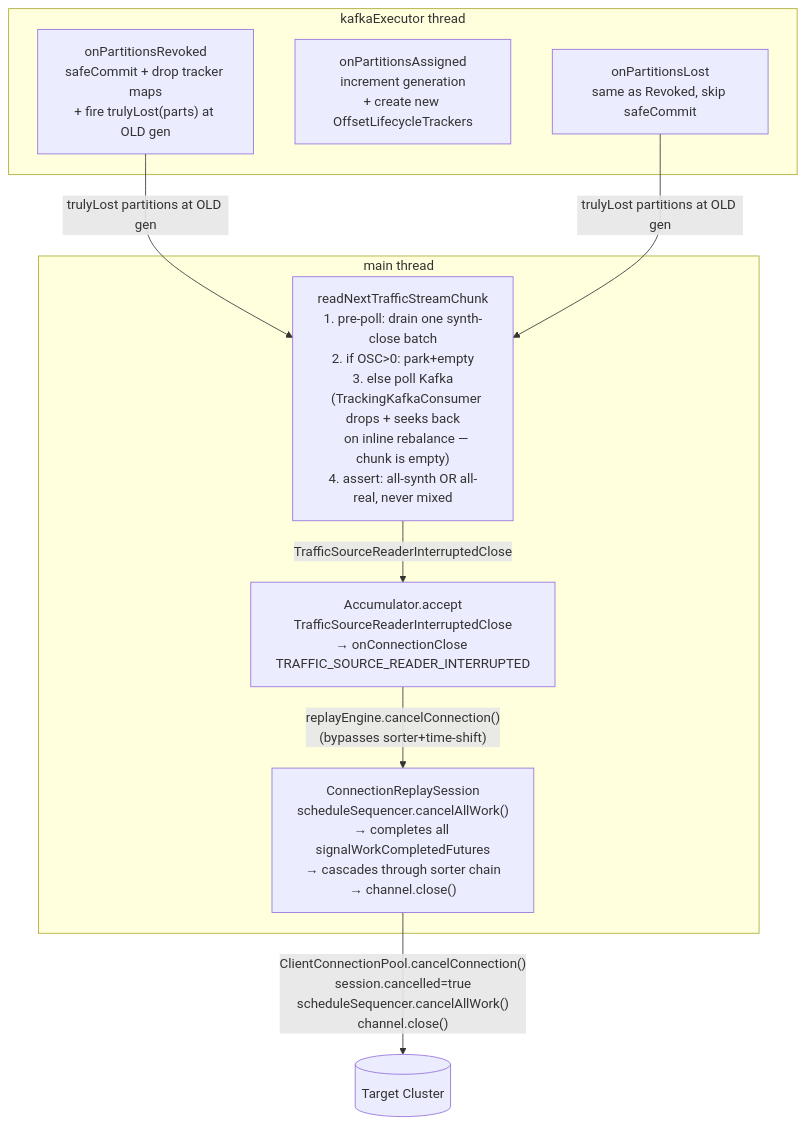
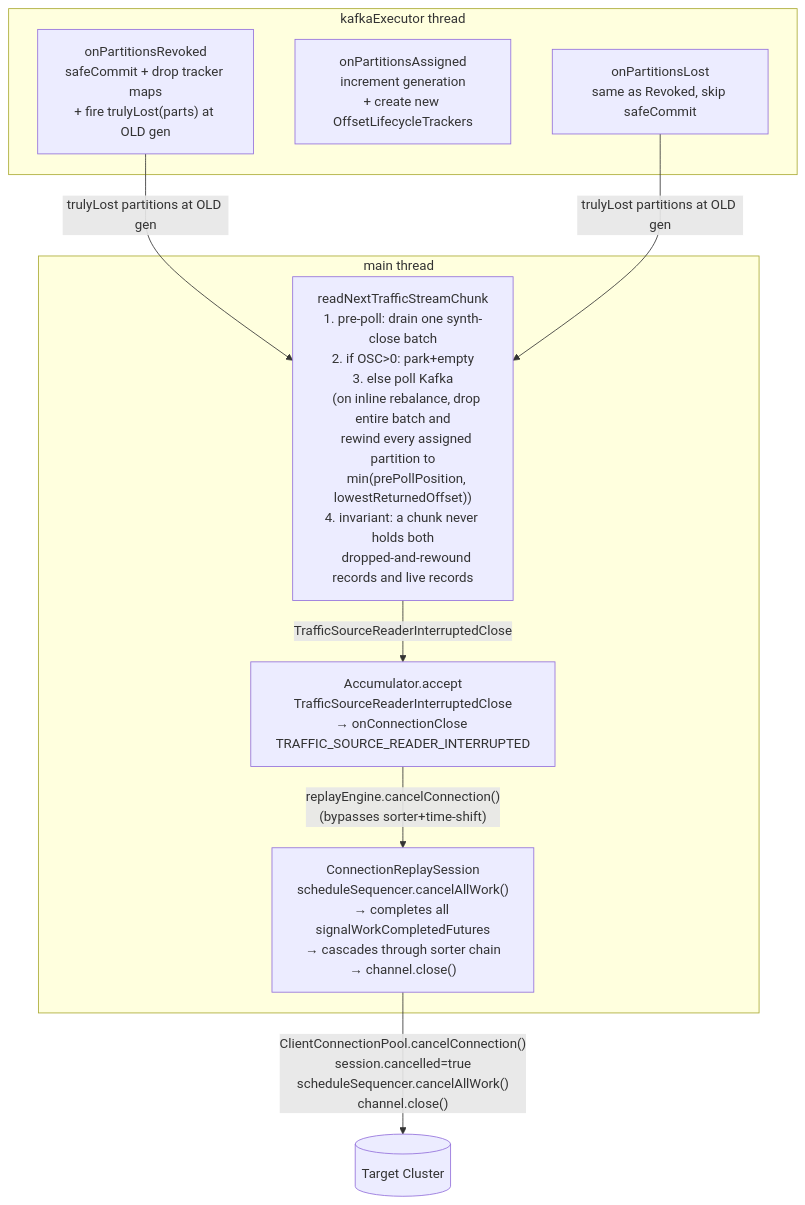
Before and after one commit to opensearch-project/opensearch-migrations: the fourth of 4 diagrams in docs/replayerArchitecture.md, drawn with Mermaid. The commit also changed other lines of this file and 1 other file, not shown here.

````diff
--- a/docs/replayerArchitecture.md
+++ b/docs/replayerArchitecture.md
@@ -552,20 +586,20 @@
 ```mermaid
 flowchart TD
     subgraph kafkaExecutor["kafkaExecutor thread"]
         REV["onPartitionsRevoked\nsafeCommit + drop tracker maps\n+ fire trulyLost(parts) at OLD gen"]
         ASN["onPartitionsAssigned\nincrement generation\n+ create new OffsetLifecycleTrackers"]
         LOST["onPartitionsLost\nsame as Revoked, skip safeCommit"]
     end
 
     subgraph mainThread["main thread"]
-        SYNTH["readNextTrafficStreamChunk\n1. pre-poll: drain one synth-close batch\n2. if OSC>0: park+empty\n3. else poll Kafka\n   (TrackingKafkaConsumer drops + seeks back\n   on inline rebalance — chunk is empty)\n4. assert: all-synth OR all-real, never mixed"]
+        SYNTH["readNextTrafficStreamChunk\n1. pre-poll: drain one synth-close batch\n2. if OSC>0: park+empty\n3. else poll Kafka\n   (on inline rebalance, drop entire batch and\n   rewind every assigned partition to\n   min(prePollPosition, lowestReturnedOffset))\n4. invariant: a chunk never holds both\n   dropped-and-rewound records and live records"]
         ACC2[Accumulator.accept\nTrafficSourceReaderInterruptedClose\n→ onConnectionClose TRAFFIC_SOURCE_READER_INTERRUPTED]
         CANCEL["ConnectionReplaySession\nscheduleSequencer.cancelAllWork()\n→ completes all signalWorkCompletedFutures\n→ cascades through sorter chain\n→ channel.close()"]
     end
 
     REV -->|trulyLost partitions at OLD gen| SYNTH
     LOST -->|trulyLost partitions at OLD gen| SYNTH
     SYNTH -->|TrafficSourceReaderInterruptedClose| ACC2
     ACC2 -->|"replayEngine.cancelConnection()\n(bypasses sorter+time-shift)"| CANCEL
     CANCEL -->|"ClientConnectionPool.cancelConnection()\nsession.cancelled=true\nscheduleSequencer.cancelAllWork()\nchannel.close()"| Target[(Target Cluster)]
 ```
````
